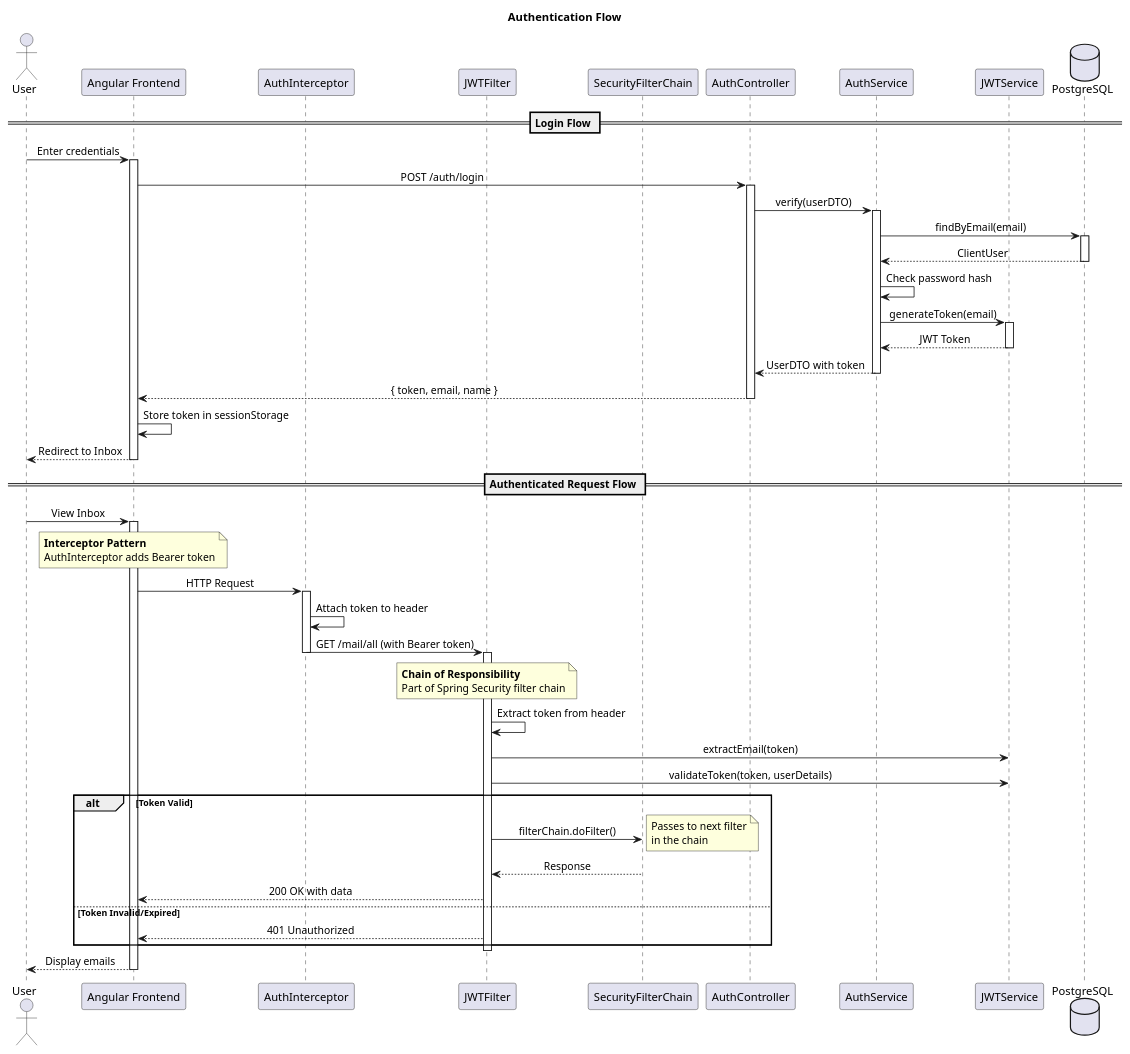
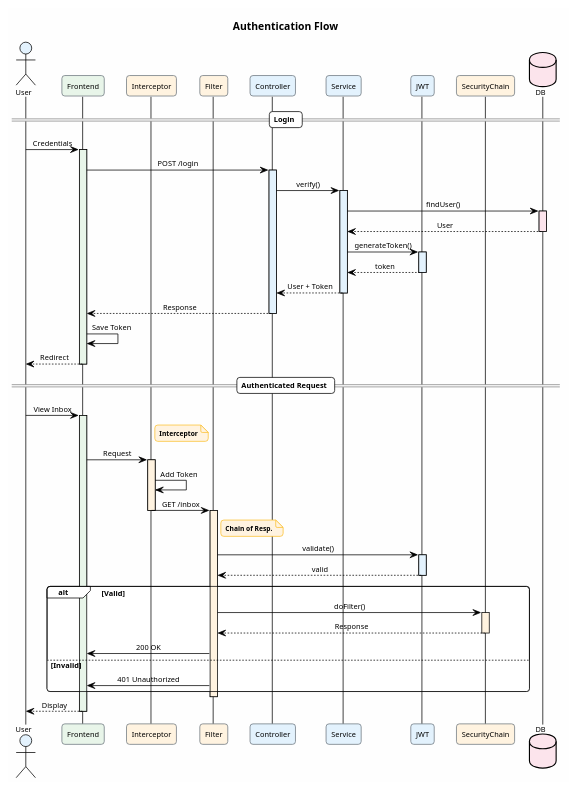
The diagram in docs/auth_sequence.puml (AnasAli77/Milo-mail-web-application), drawn with PlantUML before and after one commit. The commit also changed 3 other files, not shown here.

```diff
--- a/docs/auth_sequence.puml
+++ b/docs/auth_sequence.puml
@@ -1,84 +1,100 @@
 @startuml
-title Authentication Flow
+' A4 Portrait - Clean Beautiful Theme
+!theme plain
+skinparam backgroundColor #FEFEFE
+skinparam defaultFontName Arial
+skinparam defaultFontSize 10
+skinparam roundCorner 8
+skinparam shadowing false
+skinparam sequenceMessageAlign center
+skinparam participantPadding 10
+scale max 700 width
 
-skinparam sequenceMessageAlign center
-skinparam responseMessageBelowArrow true
+skinparam participant {
+    BackgroundColor #F8F9FA
+    BorderColor #6C757D
+}
 
-actor User
-participant "Angular Frontend" as Frontend
-participant "AuthInterceptor" as Interceptor
-participant "JWTFilter" as JWTFilter
-participant "SecurityFilterChain" as Chain
-participant "AuthController" as AuthCtrl
-participant "AuthService" as AuthSvc
-participant "JWTService" as JWTSvc
-database "PostgreSQL" as DB
+skinparam note {
+    BackgroundColor #FFF9C4
+    BorderColor #FBC02D
+    FontSize 9
+}
 
-== Login Flow ==
+title <size:14><b>Authentication Flow</b></size>
 
-User -> Frontend : Enter credentials
-activate Frontend
+actor User #E3F2FD
+participant "Frontend" as FE #E8F5E9
+participant "Interceptor" as INT #FFF3E0
+participant "Filter" as JF #FFF3E0
+participant "Controller" as AC #E3F2FD
+participant "Service" as AS #E3F2FD
+participant "JWT" as JS #E3F2FD
+participant "SecurityChain" as Chain #FFF3E0
+database "DB" as DB #FCE4EC
 
-Frontend -> AuthCtrl : POST /auth/login
-activate AuthCtrl
+== Login ==
 
-AuthCtrl -> AuthSvc : verify(userDTO)
-activate AuthSvc
+User -> FE : Credentials
+activate FE #E8F5E9
 
-AuthSvc -> DB : findByEmail(email)
-activate DB
-DB --> AuthSvc : ClientUser
+FE -> AC : POST /login
+activate AC #E3F2FD
+
+AC -> AS : verify()
+activate AS #E3F2FD
+
+AS -> DB : findUser()
+activate DB #FCE4EC
+DB --> AS : User
 deactivate DB
 
-AuthSvc -> AuthSvc : Check password hash
+AS -> JS : generateToken()
+activate JS #E3F2FD
+JS --> AS : token
+deactivate JS
 
-AuthSvc -> JWTSvc : generateToken(email)
-activate JWTSvc
-JWTSvc --> AuthSvc : JWT Token
-deactivate JWTSvc
+AS --> AC : User + Token
+deactivate AS
 
-AuthSvc --> AuthCtrl : UserDTO with token
-deactivate AuthSvc
+AC --> FE : Response
+deactivate AC
 
-AuthCtrl --> Frontend : { token, email, name }
-deactivate AuthCtrl
+FE -> FE : Save Token
+FE --> User : Redirect
+deactivate FE
 
-Frontend -> Frontend : Store token in sessionStorage
-Frontend --> User : Redirect to Inbox
-deactivate Frontend
+== Authenticated Request ==
 
-== Authenticated Request Flow ==
+User -> FE : View Inbox
+activate FE #E8F5E9
 
-User -> Frontend : View Inbox
-activate Frontend
+note right of INT #FFF3E0: **Interceptor**
+FE -> INT : Request
+activate INT #FFF3E0
+INT -> INT : Add Token
+INT -> JF : GET /inbox
+deactivate INT
+activate JF #FFF3E0
 
-note over Frontend: **Interceptor Pattern**\nAuthInterceptor adds Bearer token
+note right of JF #FFF3E0: **Chain of Resp.**
+JF -> JS : validate()
+activate JS #E3F2FD
+JS --> JF : valid
+deactivate JS
 
-Frontend -> Interceptor : HTTP Request
-activate Interceptor
-Interceptor -> Interceptor : Attach token to header
-Interceptor -> JWTFilter : GET /mail/all (with Bearer token)
-deactivate Interceptor
-activate JWTFilter
-
-note over JWTFilter: **Chain of Responsibility**\nPart of Spring Security filter chain
-
-JWTFilter -> JWTFilter : Extract token from header
-JWTFilter -> JWTSvc : extractEmail(token)
-JWTFilter -> JWTSvc : validateToken(token, userDetails)
-
-alt Token Valid
-    JWTFilter -> Chain : filterChain.doFilter()
-    note right: Passes to next filter\nin the chain
-    Chain --> JWTFilter : Response
-    JWTFilter --> Frontend : 200 OK with data
-else Token Invalid/Expired
-    JWTFilter --> Frontend : 401 Unauthorized
+alt Valid
+    JF -> Chain : doFilter()
+    activate Chain #FFF3E0
+    Chain --> JF : Response
+    deactivate Chain
+    JF -> FE : 200 OK
+else Invalid
+    JF -> FE : 401 Unauthorized
 end
 
-deactivate JWTFilter
-
-Frontend --> User : Display emails
-deactivate Frontend
+deactivate JF
+FE --> User : Display
+deactivate FE
 
 @enduml
```
